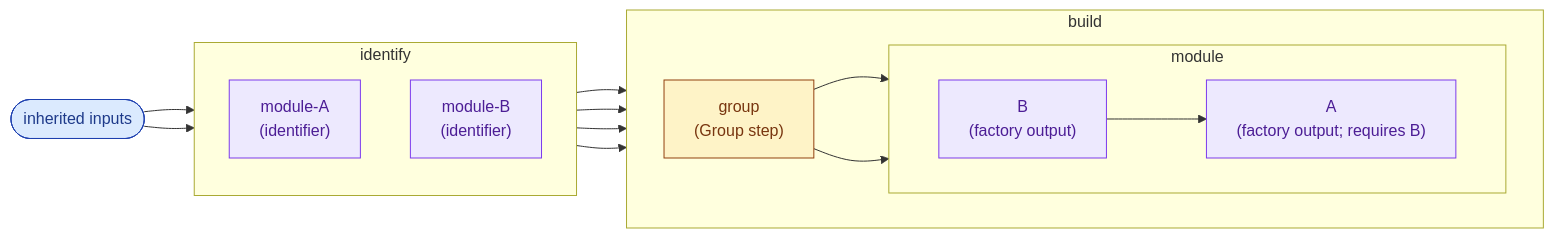
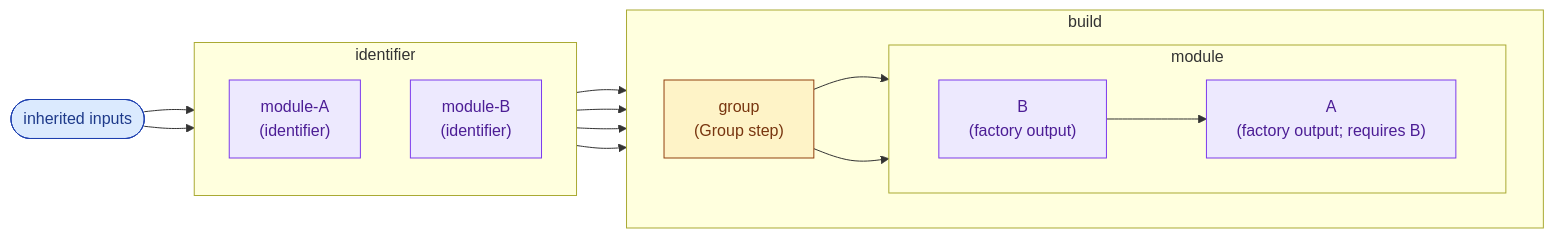
The third of 5 diagrams in README.md (raphw/jenesis), drawn with Mermaid before and after one commit. The commit also changed other lines of this file, not shown here.

````diff
--- a/README.md
+++ b/README.md
@@ -206,30 +219,30 @@
 ```mermaid
 flowchart LR
   classDef input fill:#dbeafe,stroke:#1e40af,color:#1e3a8a;
   classDef step fill:#fef3c7,stroke:#92400e,color:#78350f;
   classDef module fill:#ede9fe,stroke:#7c3aed,color:#4c1d95;
   inh(["inherited inputs"]):::input
-  subgraph "identify"
+  subgraph "identifier"
     direction TB
     idA["module-A<br/>(identifier)"]:::module
     idB["module-B<br/>(identifier)"]:::module
   end
   subgraph "build"
     direction LR
     group["group<br/>(Group step)"]:::step
     subgraph "module"
       direction LR
       projB["B<br/>(factory output)"]:::module
       projA["A<br/>(factory output; requires B)"]:::module
       projB --> projA
     end
     group --> projA
     group --> projB
   end
   inh --> idA
   inh --> idB
   idA --> group
   idB --> group
   idA --> projA
   idB --> projB
 ```
````
